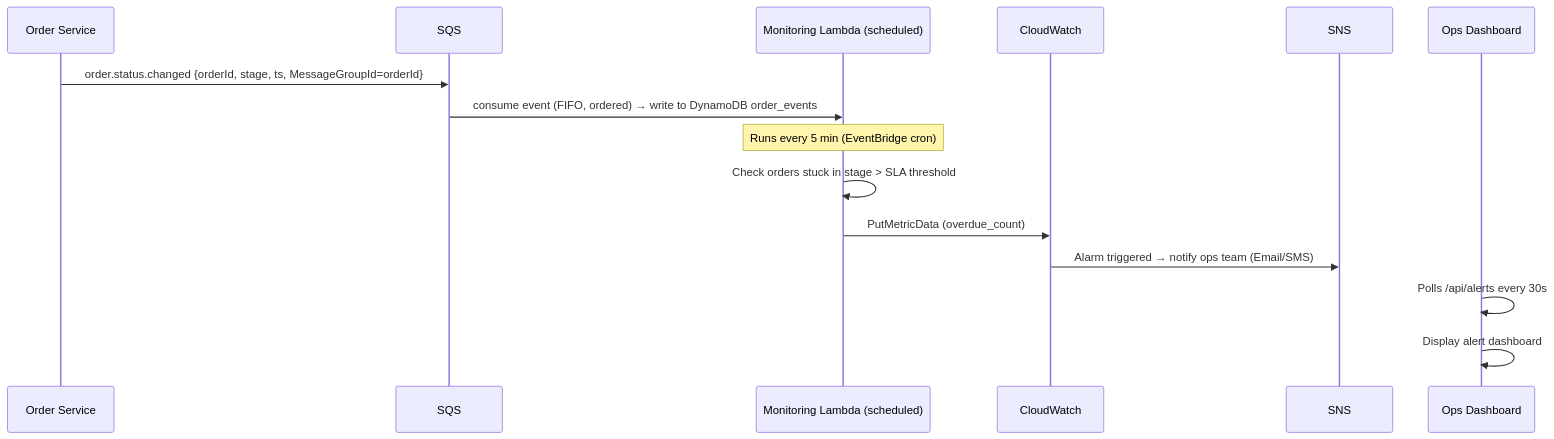
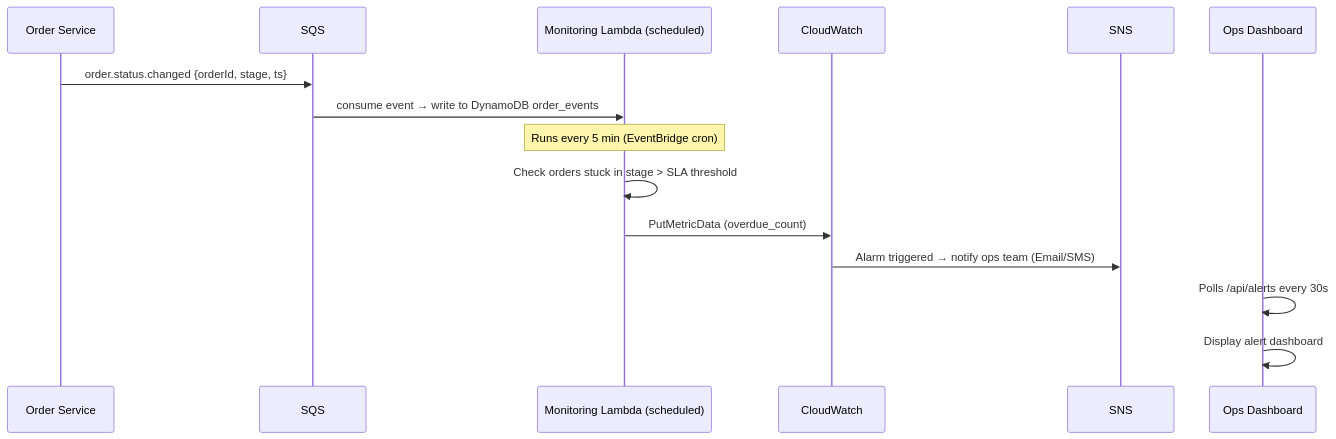
The sixth of 10 diagrams in ARCHITECTURE.md (food-delivery-platform/docs), drawn with Mermaid before and after one commit. The commit also changed other lines of this file and 1 other file, not shown here.

````diff
--- a/ARCHITECTURE.md
+++ b/ARCHITECTURE.md
@@ -655,26 +641,26 @@
 ```mermaid
 ---
 config:
   theme: default
   themeVariables:
     fontSize: "28px"
 ---
 sequenceDiagram
     participant OS as Order Service
     participant SQS as SQS
     participant MonSvc as Monitoring Lambda (scheduled)
     participant CW as CloudWatch
     participant SNS as SNS
     participant OD as Ops Dashboard
 
-    OS->>SQS: order.status.changed {orderId, stage, ts, MessageGroupId=orderId}
-    SQS->>MonSvc: consume event (FIFO, ordered) → write to DynamoDB order_events
+    OS->>SQS: order.status.changed {orderId, stage, ts}
+    SQS->>MonSvc: consume event → write to DynamoDB order_events
     
     Note over MonSvc: Runs every 5 min (EventBridge cron)
     MonSvc->>MonSvc: Check orders stuck in stage > SLA threshold
     MonSvc->>CW: PutMetricData (overdue_count)
     CW->>SNS: Alarm triggered → notify ops team (Email/SMS)
     
     OD->>OD: Polls /api/alerts every 30s
     OD->>OD: Display alert dashboard
 ```
````
